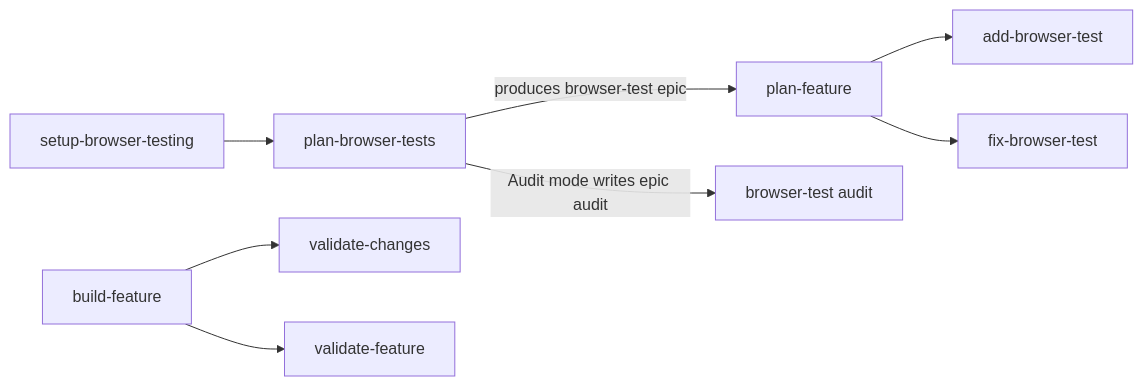
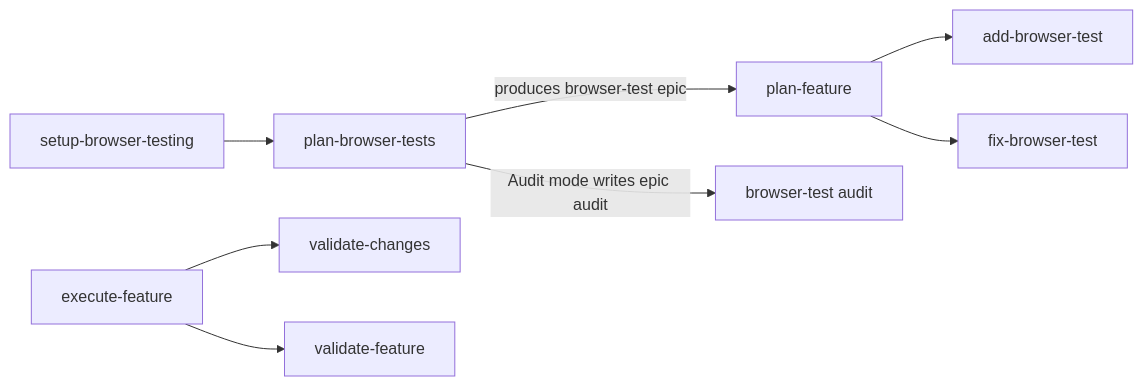
One commit to pnewsam/skills changed the sixth of 14 diagrams in README.md. Above: the diagram before and after it, drawn with Mermaid. The commit also changed other lines of this file and 45 other files, not shown here.

````diff
--- a/README.md
+++ b/README.md
@@ -209,10 +212,10 @@
 ```mermaid
 flowchart LR
     SBT[setup-browser-testing] --> PBT[plan-browser-tests]
     PBT -->|produces browser-test epic| PF2[plan-feature]
     PBT -->|Audit mode writes epic audit| AUD[browser-test audit]
     PF2 --> ABT[add-browser-test]
     PF2 --> FBT[fix-browser-test]
-    BF2[build-feature] --> VC[validate-changes]
-    BF2 --> VF2[validate-feature]
+    EF2[execute-feature] --> VC[validate-changes]
+    EF2 --> VF2[validate-feature]
 ```
````
